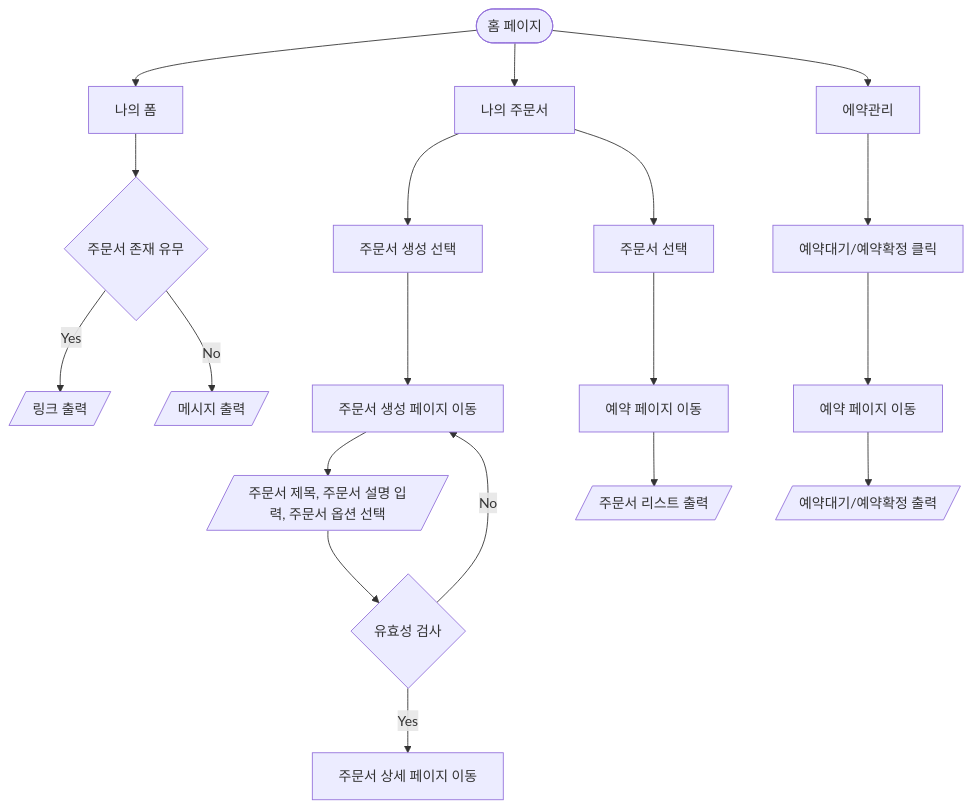
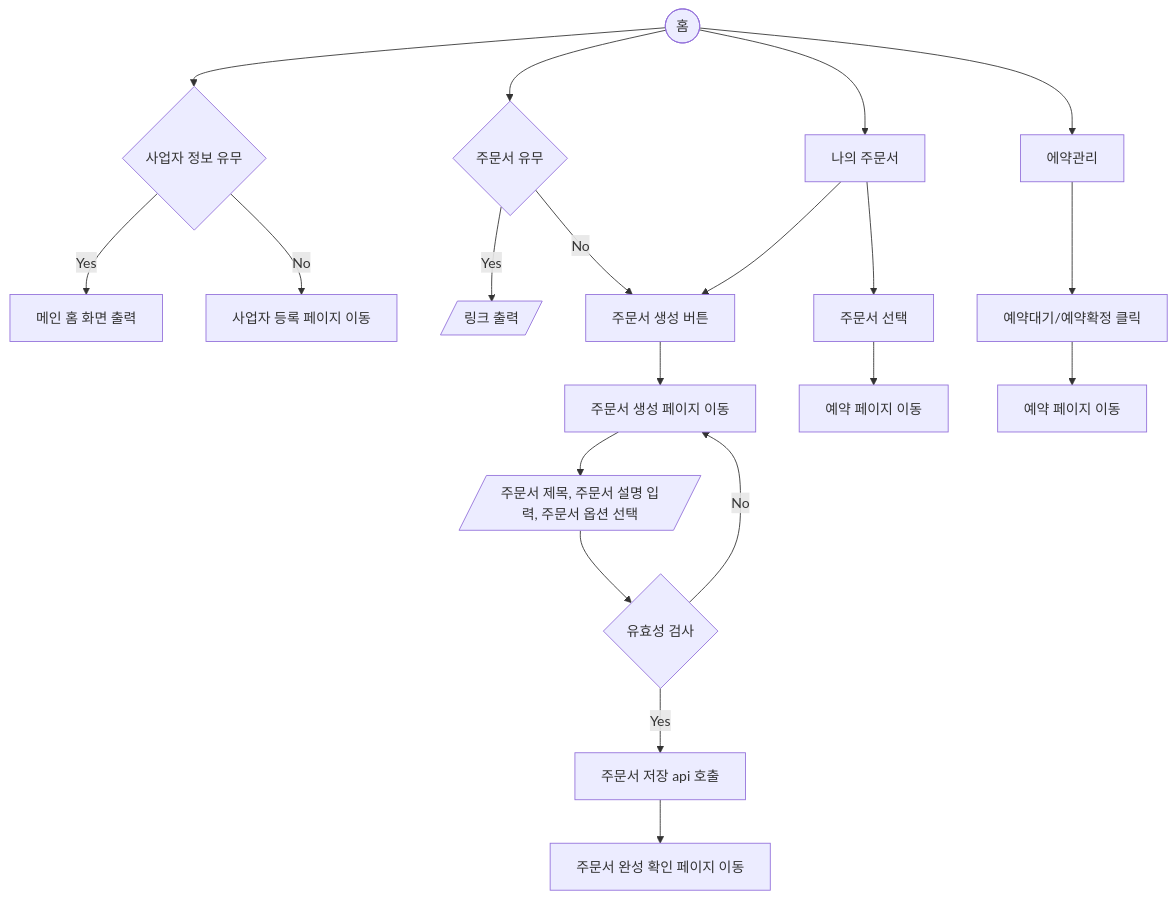
The second of 13 diagrams in design/기능정의서.md (Dev-FE-3/team4-phoenix-CustomService), drawn with Mermaid before and after one commit. The commit also changed other lines of this file, not shown here.

````diff
--- a/design/기능정의서.md
+++ b/design/기능정의서.md
@@ -74,23 +75,24 @@
 ```mermaid
 flowchart TD
-A([홈 페이지]) -->B[나의 폼 ]
-B --> B1{주문서 존재 유무 }
+A --> E{사업자 정보 유무 }
+E -->|Yes| E1[메인 홈 화면 출력 ]
+E -->|No| E2[사업자 등록 페이지 이동 ]
+
+A([홈]) -->B1{주문서 유무 }
 B1 -->|Yes|B1a[/링크 출력 /]
 
-B1 -->|No|B1b[/메시지 출력 /]
+B1 -->|No|C1
 
 A -->C[나의 주문서 ]
-C -->C1[주문서 생성 선택 ]
+C -->C1[주문서 생성 버튼 ]
 C1 -->C1a[주문서 생성 페이지 이동 ]
 C1a -->C1b[/주문서 제목, 주문서 설명 입력, 주문서 옵션 선택 /] --> CA{유효성 검사}
-CA -->|Yes| C1c[주문서 상세 페이지 이동 ]
+CA -->|Yes| C1c[주문서 저장 api 호출 ] -->C1d[주문서 완성 확인 페이지 이동 ]
 CA -->|No| C1a
 C -->C2[주문서 선택 ]
 C2 -->C2a[예약 페이지 이동 ]
-C2a -->C2b[/주문서 리스트 출력/]
 
 A -->D[에약관리 ]
 D -->D1[예약대기/예약확정 클릭 ]
 D1 -->D1a[예약 페이지 이동 ]
-D1a -->D1b[/예약대기/예약확정 출력/]
 ```
````
